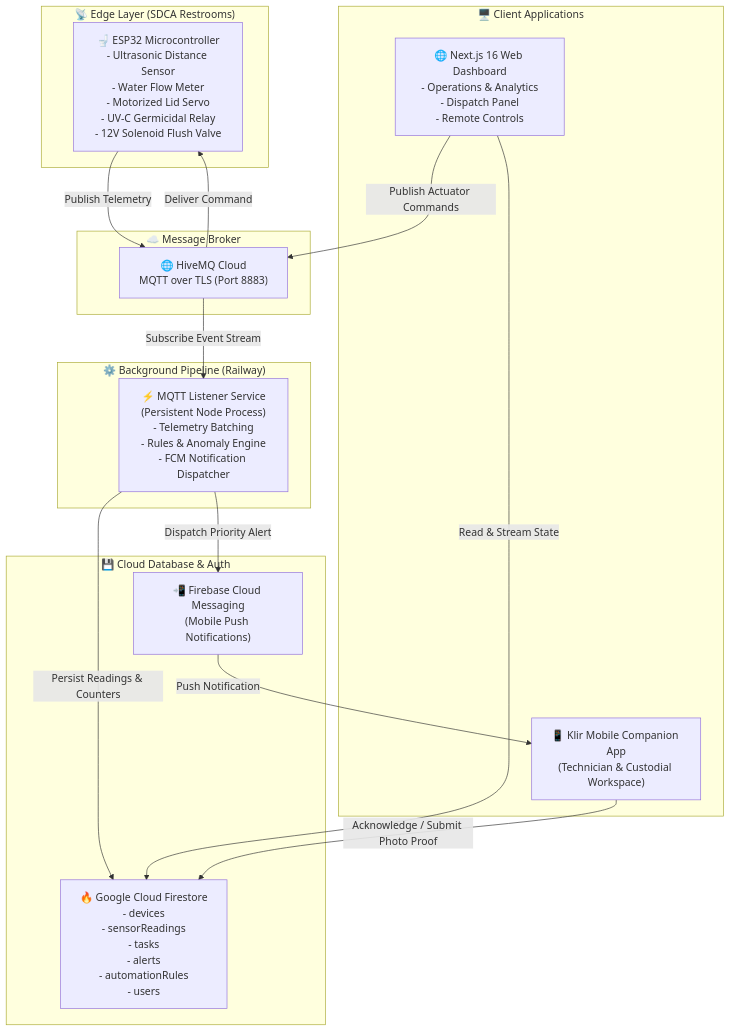
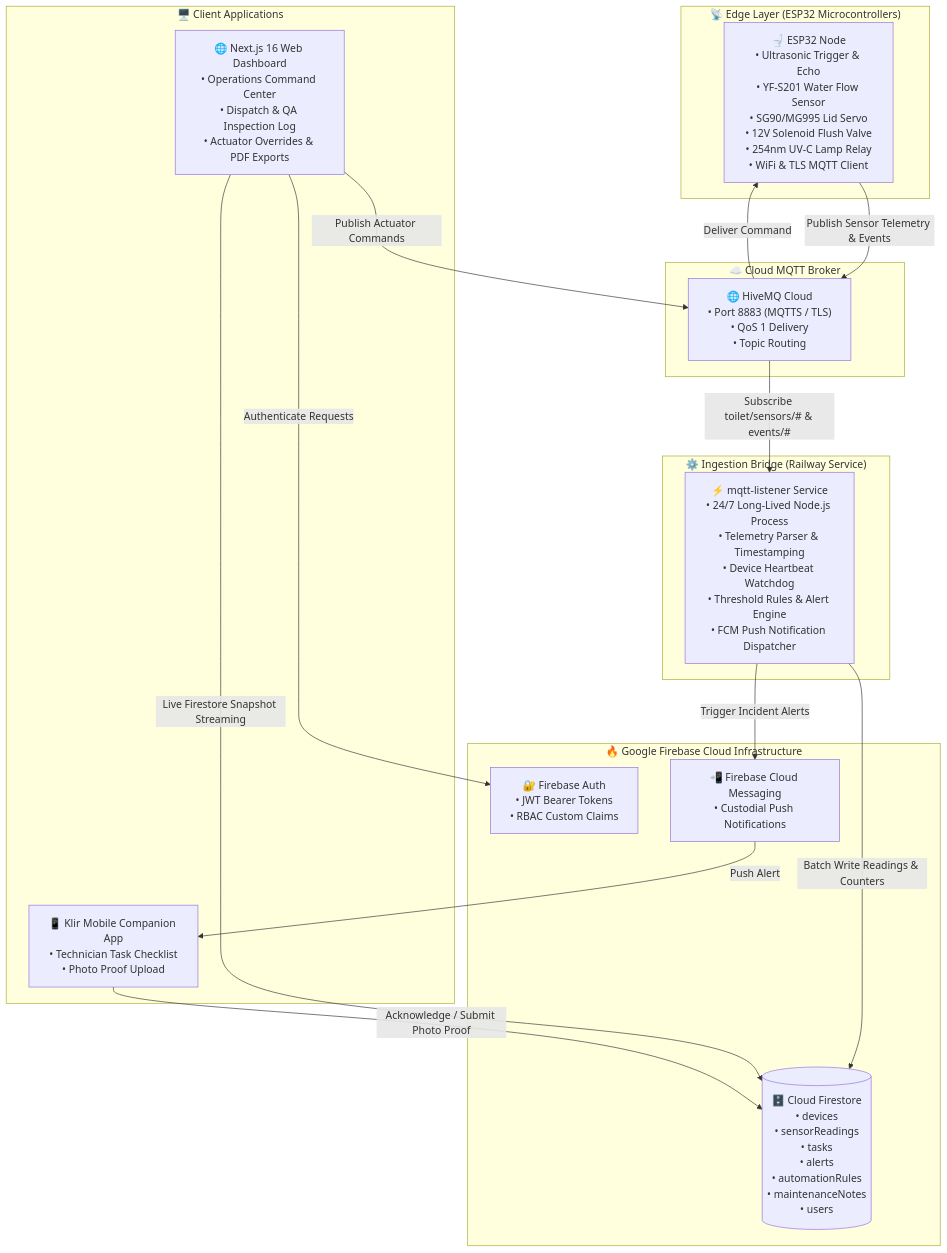
The first of 2 diagrams in README.md (JamesCarl04/Smart-Flush-Web-App), drawn with Mermaid before and after one commit. The commit also changed other lines of this file, not shown here.

Commit message:
docs: comprehensive README overhaul with full hardware spec, FSM, MQTT schemas, and API docs

````diff
--- a/README.md
+++ b/README.md
@@ -70,34 +94,36 @@
 ```mermaid
-flowchart TD
-    subgraph Edge["📡 Edge Layer (SDCA Restrooms)"]
-        ESP32["🚽 ESP32 Microcontroller\n- Ultrasonic Distance Sensor\n- Water Flow Meter\n- Motorized Lid Servo\n- UV-C Germicidal Relay\n- 12V Solenoid Flush Valve"]
+flowchart TB
+    subgraph EdgeLayer["📡 Edge Layer (ESP32 Microcontrollers)"]
+        ESP["🚽 ESP32 Node\n• Ultrasonic Trigger & Echo\n• YF-S201 Water Flow Sensor\n• SG90/MG995 Lid Servo\n• 12V Solenoid Flush Valve\n• 254nm UV-C Lamp Relay\n• WiFi & TLS MQTT Client"]
     end
 
-    subgraph Broker["☁️ Message Broker"]
-        HiveMQ["🌐 HiveMQ Cloud\nMQTT over TLS (Port 8883)"]
+    subgraph BrokerLayer["☁️ Cloud MQTT Broker"]
+        HiveMQ["🌐 HiveMQ Cloud\n• Port 8883 (MQTTS / TLS)\n• QoS 1 Delivery\n• Topic Routing"]
     end
 
-    subgraph Service["⚙️ Background Pipeline (Railway)"]
-        Listener["⚡ MQTT Listener Service\n(Persistent Node Process)\n- Telemetry Batching\n- Rules & Anomaly Engine\n- FCM Notification Dispatcher"]
+    subgraph ListenerLayer["⚙️ Ingestion Bridge (Railway Service)"]
+        Listener["⚡ mqtt-listener Service\n• 24/7 Long-Lived Node.js Process\n• Telemetry Parser & Timestamping\n• Device Heartbeat Watchdog\n• Threshold Rules & Alert Engine\n• FCM Push Notification Dispatcher"]
     end
 
-    subgraph Cloud["💾 Cloud Database & Auth"]
-        Firestore["🔥 Google Cloud Firestore\n- devices\n- sensorReadings\n- tasks\n- alerts\n- automationRules\n- users"]
-        FCM["📲 Firebase Cloud Messaging\n(Mobile Push Notifications)"]
+    subgraph CloudStorage["🔥 Google Firebase Cloud Infrastructure"]
+        Firestore[("🗄️ Cloud Firestore\n• devices\n• sensorReadings\n• tasks\n• alerts\n• automationRules\n• maintenanceNotes\n• users")]
+        FirebaseAuth["🔐 Firebase Auth\n• JWT Bearer Tokens\n• RBAC Custom Claims"]
+        FCM["📲 Firebase Cloud Messaging\n• Custodial Push Notifications"]
     end
 
-    subgraph Clients["🖥️ Client Applications"]
-        WebApp["🌐 Next.js 16 Web Dashboard\n- Operations & Analytics\n- Dispatch Panel\n- Remote Controls"]
-        MobileApp["📱 Klir Mobile Companion App\n(Technician & Custodial Workspace)"]
+    subgraph PresentationLayer["🖥️ Client Applications"]
+        WebApp["🌐 Next.js 16 Web Dashboard\n• Operations Command Center\n• Dispatch & QA Inspection Log\n• Actuator Overrides & PDF Exports"]
+        MobileApp["📱 Klir Mobile Companion App\n• Technician Task Checklist\n• Photo Proof Upload"]
     end
 
-    ESP32 -->|Publish Telemetry| HiveMQ
-    HiveMQ -->|Subscribe Event Stream| Listener
-    Listener -->|Persist Readings & Counters| Firestore
-    Listener -->|Dispatch Priority Alert| FCM
-    FCM -->|Push Notification| MobileApp
-    WebApp -->|Read & Stream State| Firestore
+    ESP -->|Publish Sensor Telemetry & Events| HiveMQ
+    HiveMQ -->|Subscribe toilet/sensors/# & events/#| Listener
+    Listener -->|Batch Write Readings & Counters| Firestore
+    Listener -->|Trigger Incident Alerts| FCM
+    FCM -->|Push Alert| MobileApp
+    WebApp -->|Live Firestore Snapshot Streaming| Firestore
+    WebApp -->|Authenticate Requests| FirebaseAuth
     WebApp -->|Publish Actuator Commands| HiveMQ
-    HiveMQ -->|Deliver Command| ESP32
+    HiveMQ -->|Deliver Command| ESP
     MobileApp -->|Acknowledge / Submit Photo Proof| Firestore
 ```
````
